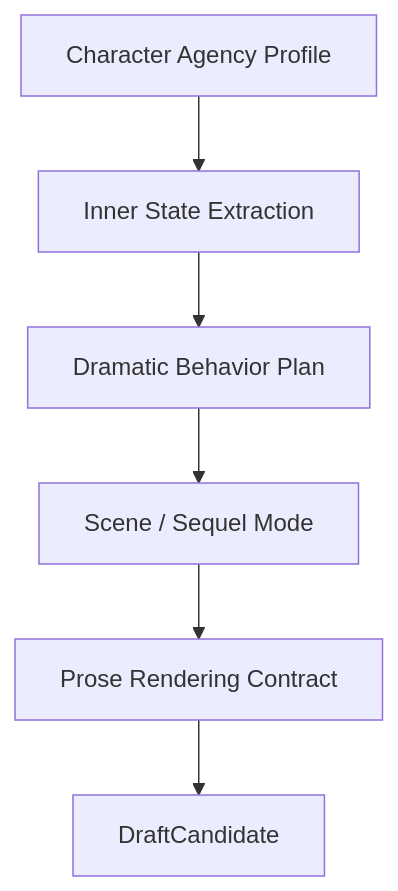
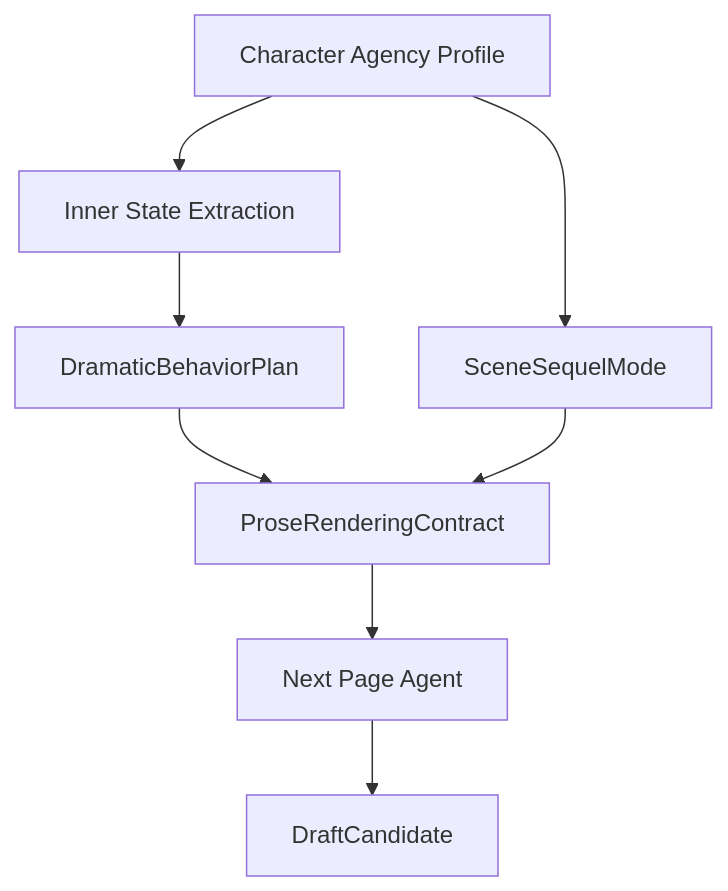
The first of 2 diagrams in goals/30-dramatization-layer.md (FrankQDWang/sextantlabs), drawn with Mermaid before and after one commit. The commit also changed other lines of this file, not shown here.

````diff
--- a/goals/30-dramatization-layer.md
+++ b/goals/30-dramatization-layer.md
@@ -22,8 +22,10 @@
 ```mermaid
 flowchart TD
     A[Character Agency Profile] --> B[Inner State Extraction]
-    B --> C[Dramatic Behavior Plan]
-    C --> D[Scene / Sequel Mode]
-    D --> E[Prose Rendering Contract]
-    E --> F[DraftCandidate]
+    B --> C[DramaticBehaviorPlan]
+    A --> D[SceneSequelMode]
+    C --> E[ProseRenderingContract]
+    D --> E
+    E --> F[Next Page Agent]
+    F --> G[DraftCandidate]
 ```
````
